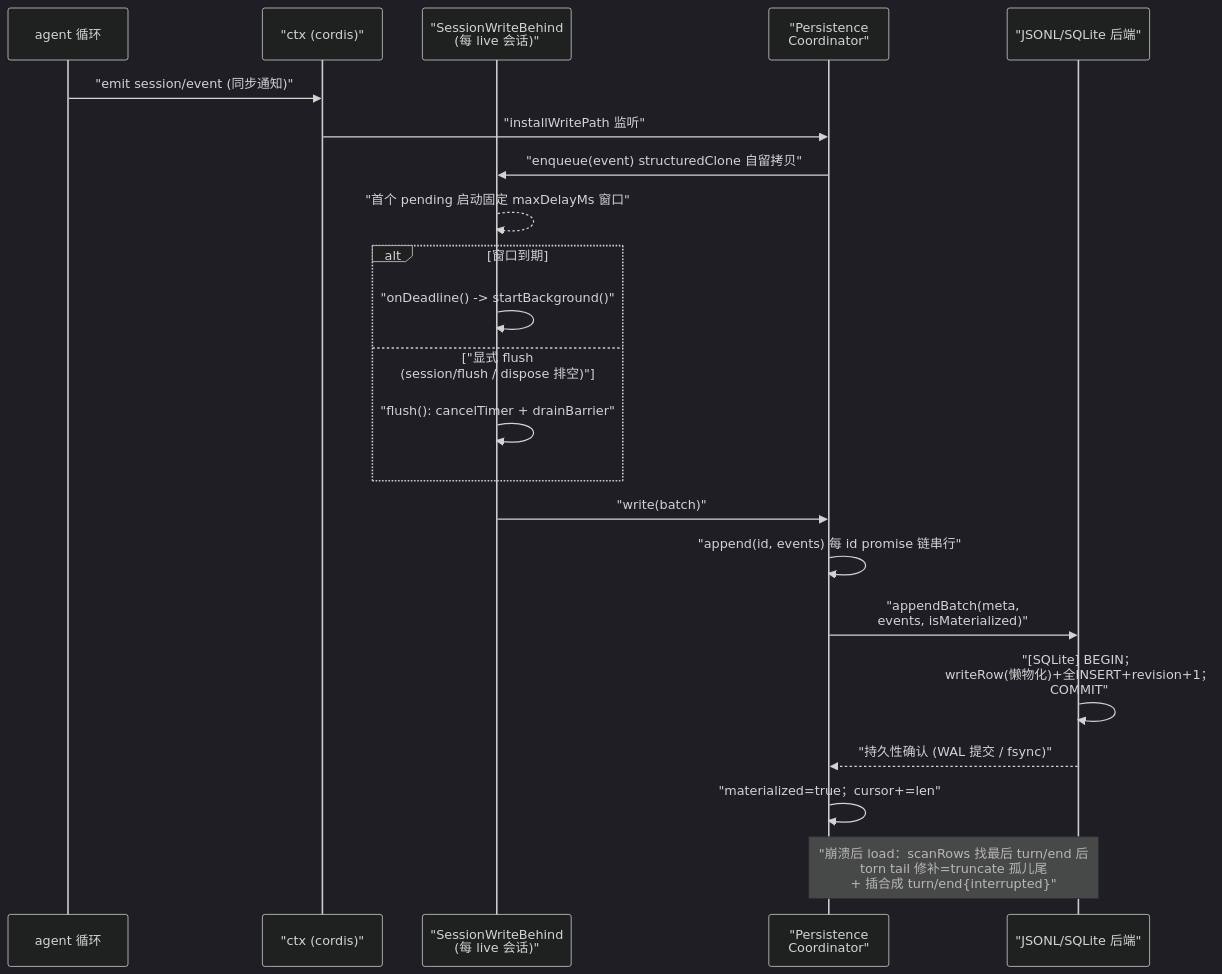
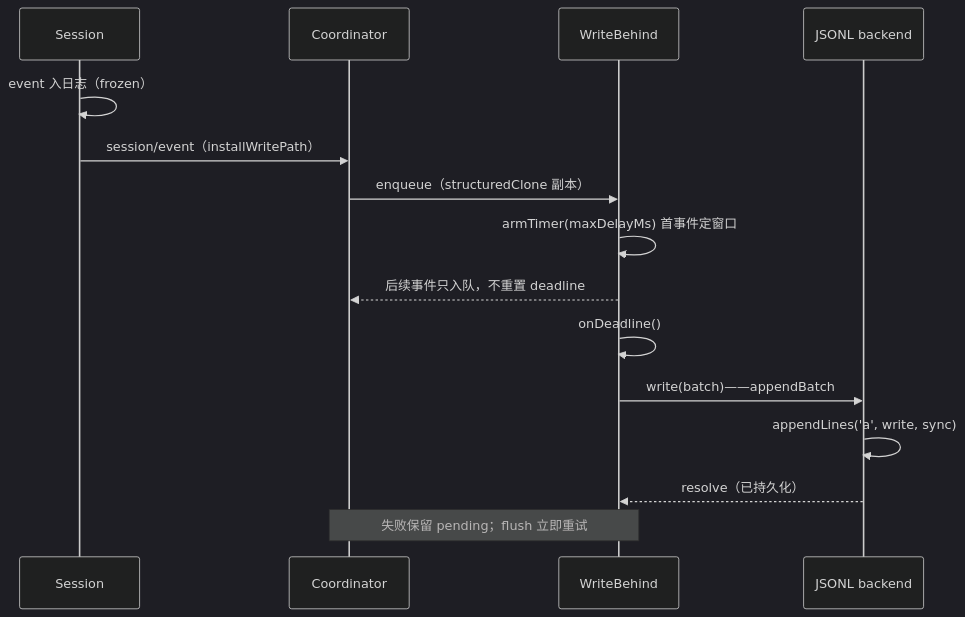
Before and after one commit to morehao/oss-insights: the second of 4 diagrams in ai-agent/deepseek-harness/data-model.md, drawn with Mermaid (dark theme). The commit also changed other lines of this file and 22 other files, not shown here.

````diff
--- a/ai-agent/deepseek-harness/data-model.md
+++ b/ai-agent/deepseek-harness/data-model.md
@@ -231,27 +225,18 @@
 ```mermaid
 sequenceDiagram
-    participant AgentLoop as agent 循环
-    participant Ctx as "ctx (cordis)"
-    participant Wb as "SessionWriteBehind<br>(每 live 会话)"
-    participant Coord as "Persistence<br>Coordinator"
-    participant Backend as "JSONL/SQLite 后端"
+    participant S as Session
+    participant C as Coordinator
+    participant WB as WriteBehind
+    participant B as JSONL backend
 
-    AgentLoop->>Ctx: "emit session/event (同步通知)"
-    Ctx->>Coord: "installWritePath 监听"
-    Coord->>Wb: "enqueue(event) structuredClone 自留拷贝"
-    Wb-->>Wb: "首个 pending 启动固定 maxDelayMs 窗口"
-
-    alt 窗口到期
-        Wb->>Wb: "onDeadline() -> startBackground()"
-    else "显式 flush<br>(session/flush / dispose 排空)"
-        Wb->>Wb: "flush(): cancelTimer + drainBarrier"
-    end
-    Wb->>Coord: "write(batch)"
-    Coord->>Coord: "append(id, events) 每 id promise 链串行"
-    Coord->>Backend: "appendBatch(meta,<br>events, isMaterialized)"
-    Backend->>Backend: "[SQLite] BEGIN；<br>writeRow(懒物化)+全INSERT+revision+1；<br>COMMIT"
-    Backend-->>Coord: "持久性确认 (WAL 提交 / fsync)"
-    Coord->>Coord: "materialized=true；cursor+=len"
-
-    Note over Backend,Coord: "崩溃后 load：scanRows 找最后 turn/end 后<br>torn tail 修补=truncate 孤儿尾<br>+ 插合成 turn/end{interrupted}"
+    S->>S: event 入日志（frozen）
+    S->>C: session/event（installWritePath）
+    C->>WB: enqueue（structuredClone 副本）
+    WB->>WB: armTimer(maxDelayMs) 首事件定窗口
+    WB-->>C: 后续事件只入队，不重置 deadline
+    WB->>WB: onDeadline()
+    WB->>B: write(batch)——appendBatch
+    B->>B: appendLines('a', write, sync)
+    B-->>WB: resolve（已持久化）
+    Note over C,WB: 失败保留 pending；flush 立即重试
 ```
````
